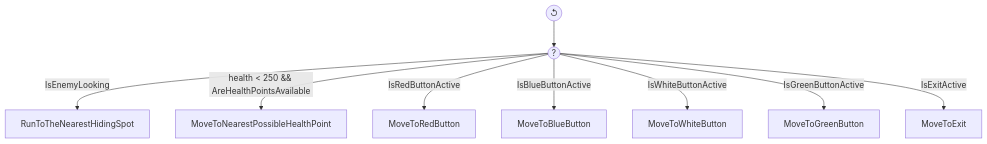
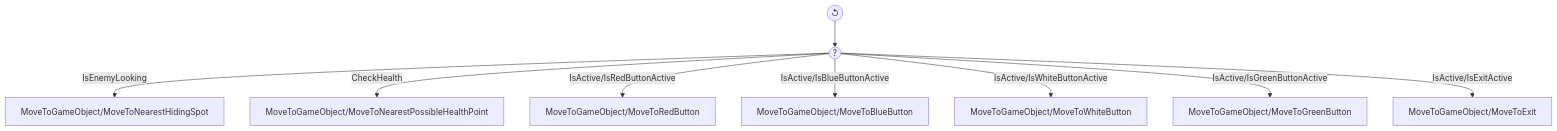
One commit to IAV24-G02/IAV24-G02-P3 changed the second of 4 diagrams in README.md. Above: the diagram before and after it, drawn with Mermaid. The commit also changed 5 other files, not shown here.

````diff
--- a/README.md
+++ b/README.md
@@ -119,11 +119,11 @@
 ```mermaid
 flowchart TD
     A(("↺")) --> B((?))
-    B -->|IsEnemyLooking| C[RunToTheNearestHidingSpot]
-    B -->|health < 250 && AreHealthPointsAvailable| D[MoveToNearestPossibleHealthPoint]
-    B -->|IsRedButtonActive| E[MoveToRedButton]
-    B -->|IsBlueButtonActive| F[MoveToBlueButton]
-    B -->|IsWhiteButtonActive| G[MoveToWhiteButton]
-    B -->|IsGreenButtonActive| H[MoveToGreenButton]
-    B -->|IsExitActive| I[MoveToExit]
+    B -->|IsEnemyLooking| C[MoveToGameObject/MoveToNearestHidingSpot]
+    B -->|CheckHealth| D[MoveToGameObject/MoveToNearestPossibleHealthPoint]
+    B -->|IsActive/IsRedButtonActive| E[MoveToGameObject/MoveToRedButton]
+    B -->|IsActive/IsBlueButtonActive| F[MoveToGameObject/MoveToBlueButton]
+    B -->|IsActive/IsWhiteButtonActive| G[MoveToGameObject/MoveToWhiteButton]
+    B -->|IsActive/IsGreenButtonActive| H[MoveToGameObject/MoveToGreenButton]
+    B -->|IsActive/IsExitActive| I[MoveToGameObject/MoveToExit]
 ```
````
